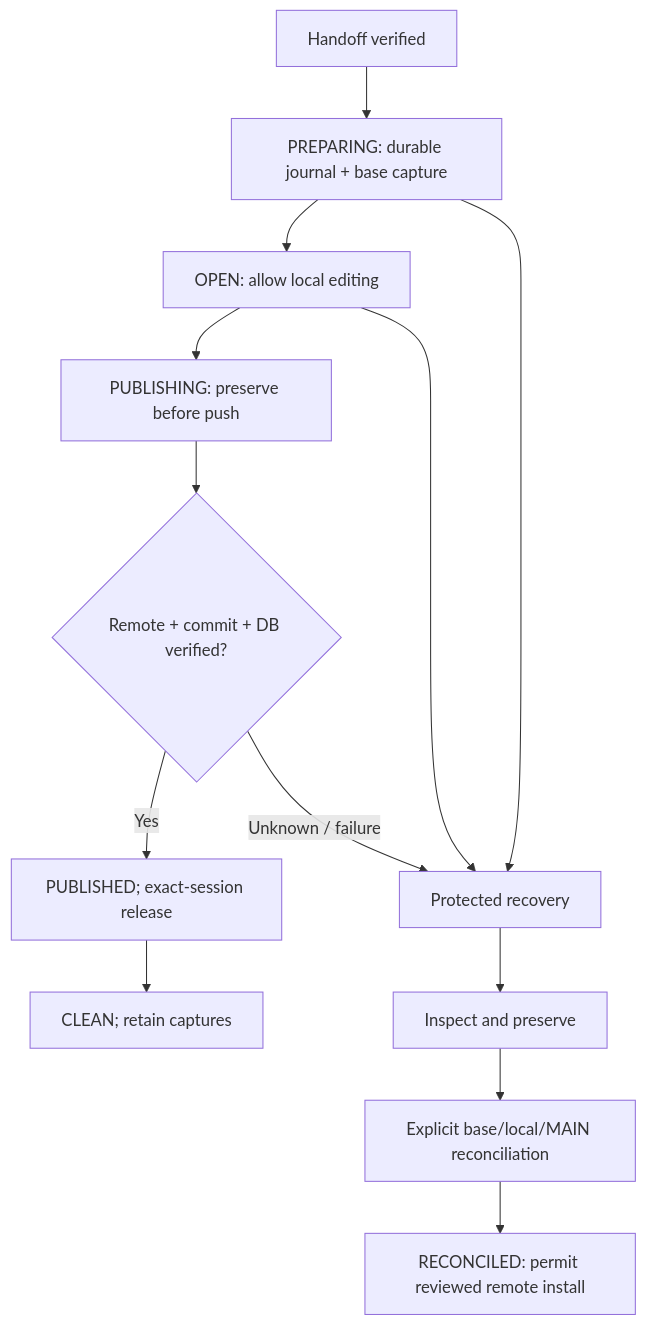
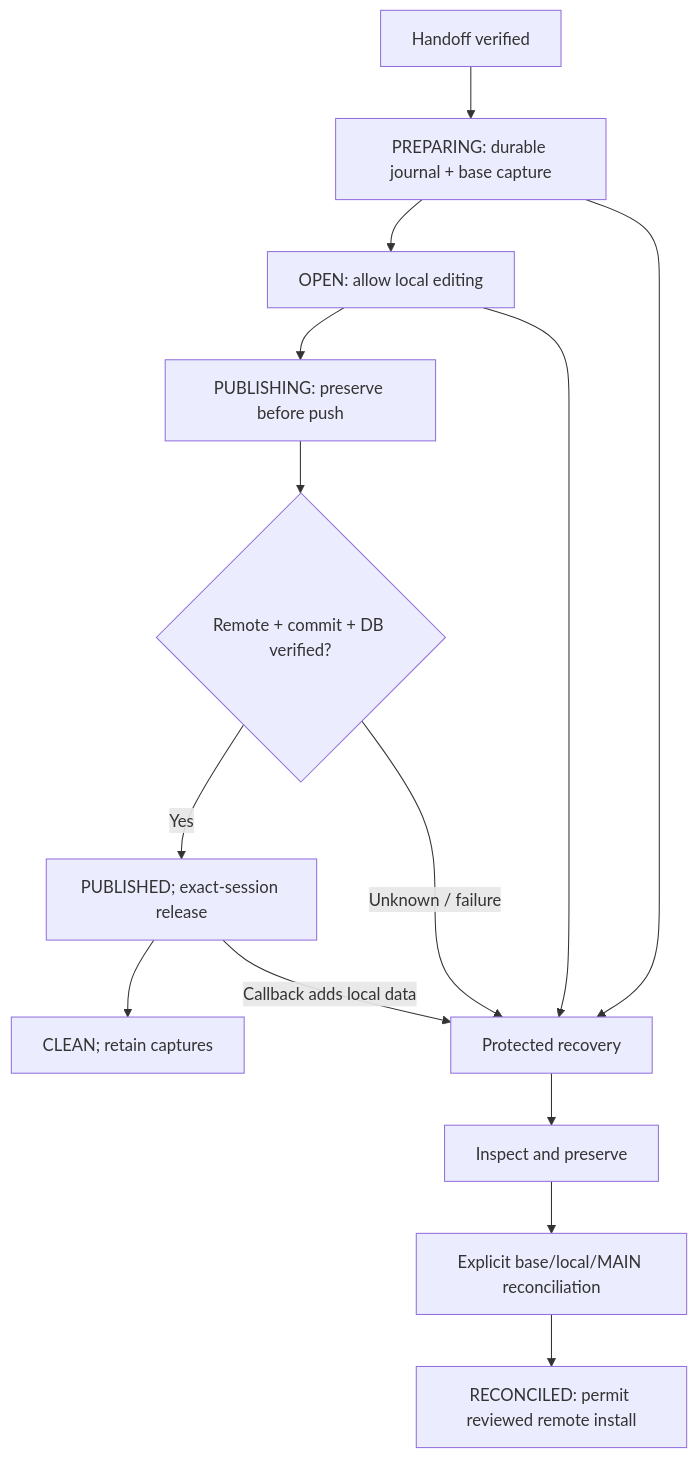
One commit to AnNguyenHoai/Antechkid_Management changed the second of 2 diagrams in CenterManager/docs/collaboration/E1B1_DURABLE_WRITE_RECOVERY.md. Above: the diagram before and after it, drawn with Mermaid. The commit also changed other lines of this file and 8 other files, not shown here.

````diff
--- a/CenterManager/docs/collaboration/E1B1_DURABLE_WRITE_RECOVERY.md
+++ b/CenterManager/docs/collaboration/E1B1_DURABLE_WRITE_RECOVERY.md
@@ -62,15 +62,16 @@
 ```mermaid
 flowchart TD
   A["Handoff verified"] --> B["PREPARING: durable journal + base capture"]
   B --> C["OPEN: allow local editing"]
   C --> D["PUBLISHING: preserve before push"]
   D --> E{"Remote + commit + DB verified?"}
   E -->|Yes| F["PUBLISHED; exact-session release"]
   F --> G["CLEAN; retain captures"]
+  F -->|"Callback adds local data"| H
   B --> H["Protected recovery"]
   C --> H
   E -->|Unknown / failure| H
   H --> I["Inspect and preserve"]
   I --> J["Explicit base/local/MAIN reconciliation"]
   J --> K["RECONCILED: permit reviewed remote install"]
 ```
````
